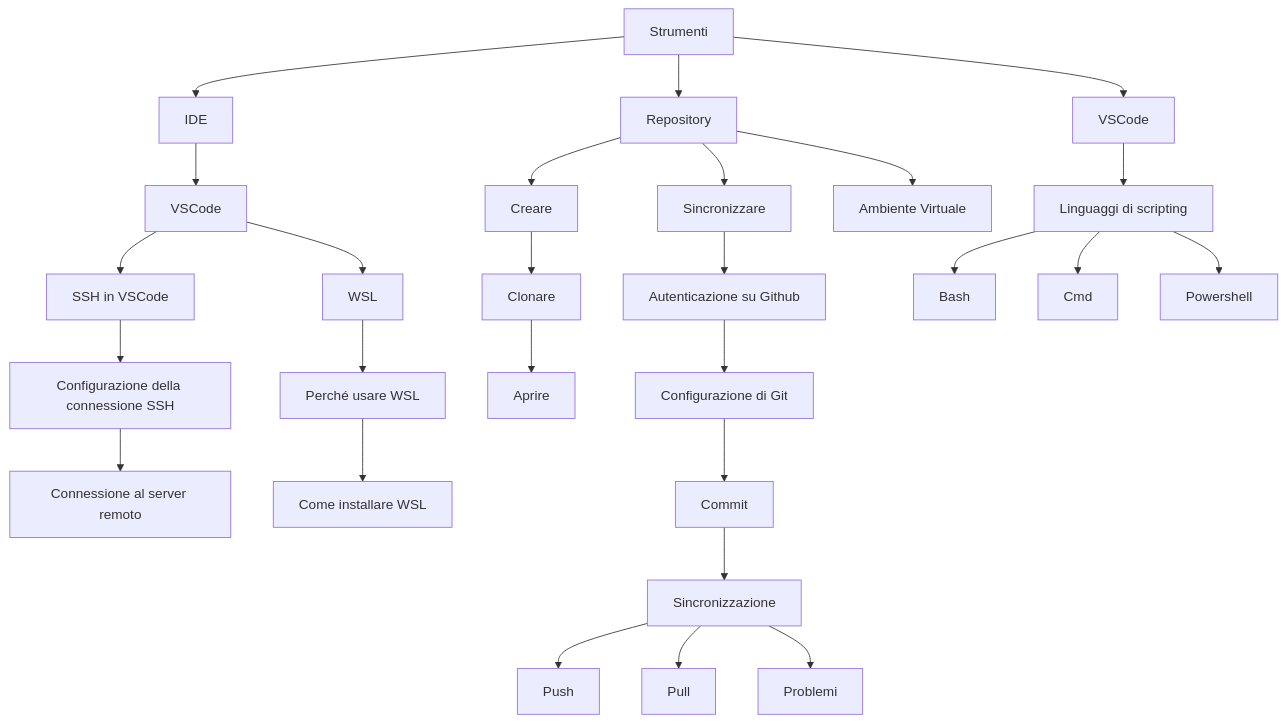
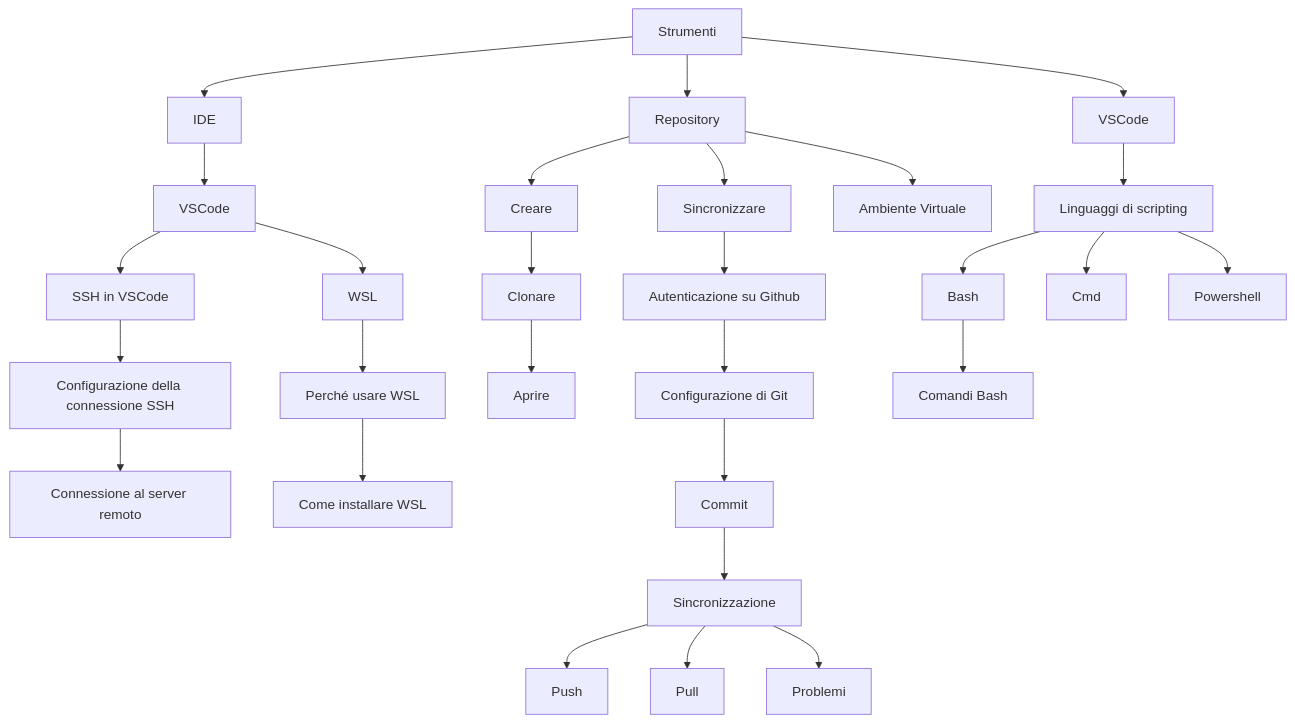
Before and after one commit to angelogalantiscuola/IT: the diagram in tools/percorso_tools.md, drawn with Mermaid. The commit also changed 57 other files, not shown here.

````diff
--- a/tools/percorso_tools.md
+++ b/tools/percorso_tools.md
@@ -3,43 +3,44 @@
 ```mermaid
 graph TD
-    Z[Strumenti]
-    Z[Strumenti] --> A[IDE]
-    Z[Strumenti] --> F[Repository]
+    A[Strumenti]
+    A --> B[IDE]
+    A --> C[Repository]
 
-    A[IDE] 
-    A --> B[VSCode]
+    B[IDE] 
+    B --> D[VSCode]
 
-    B[VSCode] 
-    B --> Y[WSL] 
-    B --> X[SSH in VSCode] 
-    X --> AC[Configurazione della connessione SSH]
-    AC --> W[Connessione al server remoto]
+    D[VSCode] 
+    D --> E[WSL] 
+    D --> F[SSH in VSCode] 
+    F --> G[Configurazione della connessione SSH]
+    G --> H[Connessione al server remoto]
 
-    Y[WSL] 
-    Y --> AA[Perché usare WSL]
-    AA --> AB[Come installare WSL]
+    E[WSL] 
+    E --> I[Perché usare WSL]
+    I --> J[Come installare WSL]
 
-    F[Repository] 
-    F --> G[Creare]
-    G --> H[Clonare]
-    H --> I[Aprire]
-    F --> J[Sincronizzare]
-    F --> AD[Ambiente Virtuale]
+    C[Repository] 
+    C --> K[Creare]
+    K --> L[Clonare]
+    L --> M[Aprire]
+    C --> N[Sincronizzare]
+    C --> O[Ambiente Virtuale]
 
-    J[Sincronizzare] 
-    J --> K[Autenticazione su Github]
-    K --> L[Configurazione di Git]
-    L --> M[Commit]
-    M --> N[Sincronizzazione]
-    N --> O[Push]
-    N --> P[Pull]
-    N --> Q[Problemi]
+    N[Sincronizzare] 
+    N --> P[Autenticazione su Github]
+    P --> Q[Configurazione di Git]
+    Q --> R[Commit]
+    R --> S[Sincronizzazione]
+    S --> T[Push]
+    S --> U[Pull]
+    S --> V[Problemi]
 
-    R[Shell] 
-    Z --> R[VSCode]
-    R --> S[Linguaggi di scripting]
-    S --> T[Bash]
-    S --> U[Cmd]
-    S --> V[Powershell]
+    W[Shell] 
+    A --> W[VSCode]
+    W --> X[Linguaggi di scripting]
+    X --> Y[Bash]
+    X --> Z[Cmd]
+    X --> AA[Powershell]
+    Y --> AB[Comandi Bash]
 
 ```
````
